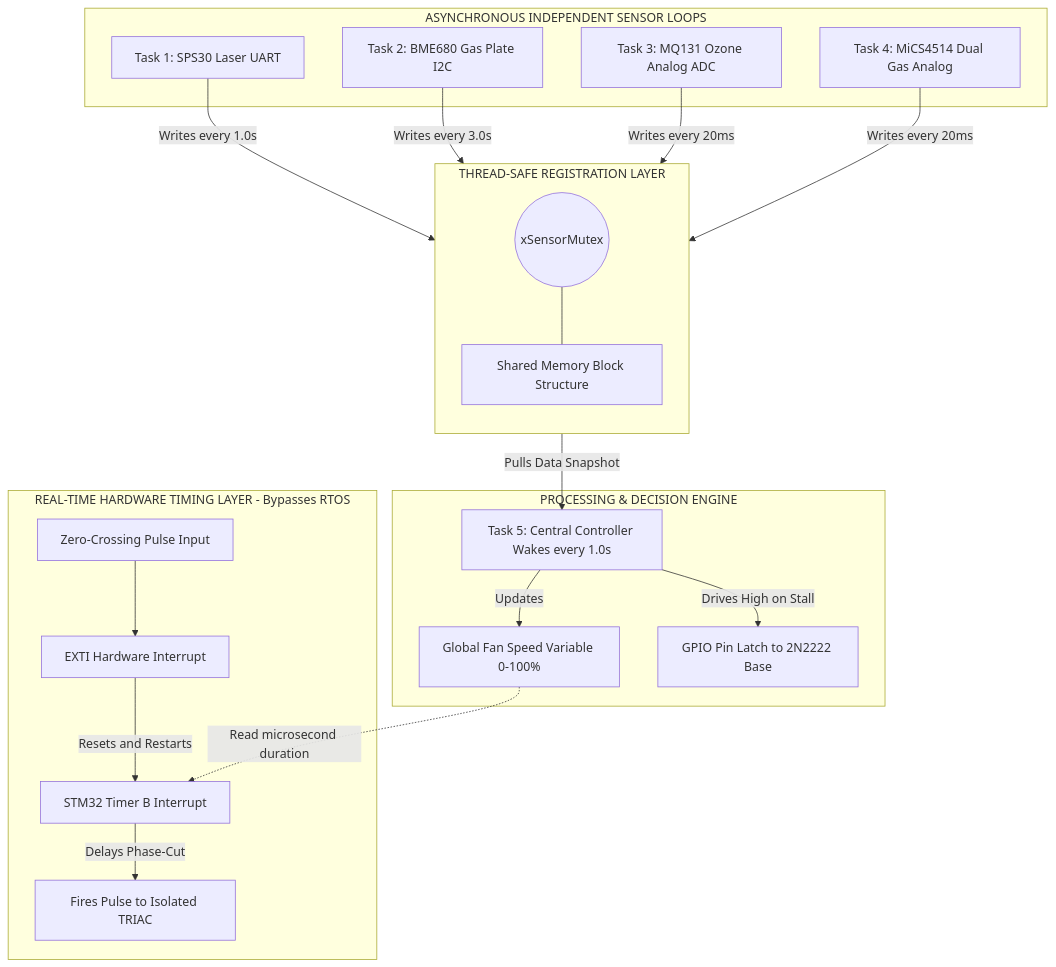
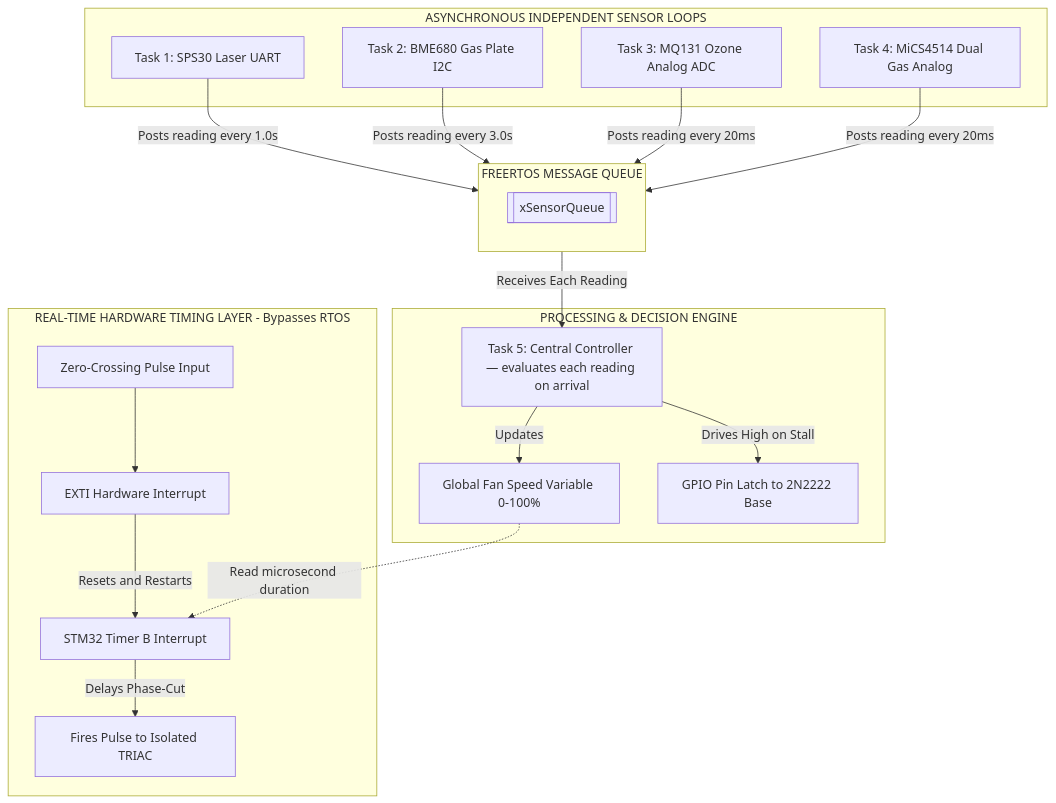
One commit to yuvalkuck/clearair changed the fourth of 4 diagrams in README.md. Above: the diagram before and after it, drawn with Mermaid. The commit also changed other lines of this file, not shown here.

````diff
--- a/README.md
+++ b/README.md
@@ -185,50 +186,48 @@
 ```mermaid
 graph TD
     %% Asynchronous Inputs
     subgraph Loops [ASYNCHRONOUS INDEPENDENT SENSOR LOOPS]
         T1[Task 1: SPS30 Laser UART]
         T2[Task 2: BME680 Gas Plate I2C]
         T3[Task 3: MQ131 Ozone Analog ADC]
         T4[Task 4: MiCS4514 Dual Gas Analog]
     end
 
-    %% Shared Struct Protected by Mutex
-    subgraph Buffer [THREAD-SAFE REGISTRATION LAYER]
+    %% Central Message Queue
+    subgraph Buffer [FREERTOS MESSAGE QUEUE]
         direction TB
-        Mutex((xSensorMutex))
-        Struct[Shared Memory Block Structure]
+        Queue[[xSensorQueue]]
     end
 
     %% Sync / Control Layer
     subgraph Decision [PROCESSING & DECISION ENGINE]
-        T5[Task 5: Central Controller Wakes every 1.0s]
+        T5[Task 5: Central Controller — evaluates each reading on arrival]
         FanSpeed[Global Fan Speed Variable 0-100%]
         BuzzerPin[GPIO Pin Latch to 2N2222 Base]
     end
 
     %% Hardware Real-Time Layer
     subgraph ISR_Layer [REAL-TIME HARDWARE TIMING LAYER - Bypasses RTOS]
         ZC_Pulse[Zero-Crossing Pulse Input]
         EXTI_ISR[EXTI Hardware Interrupt]
         Timer_ISR[STM32 Timer B Interrupt]
         TRIAC_Gate[Fires Pulse to Isolated TRIAC]
     end
 
     %% Async Data flow
-    T1 -->|Writes every 1.0s| Mutex
-    T2 -->|Writes every 3.0s| Mutex
-    T3 -->|Writes every 20ms| Mutex
-    T4 -->|Writes every 20ms| Mutex
-    Mutex --- Struct
+    T1 -->|Posts reading every 1.0s| Queue
+    T2 -->|Posts reading every 3.0s| Queue
+    T3 -->|Posts reading every 20ms| Queue
+    T4 -->|Posts reading every 20ms| Queue
 
     %% Central Decision flow
-    Struct -->|Pulls Data Snapshot| T5
+    Queue -->|Receives Each Reading| T5
     T5 -->|Updates| FanSpeed
     T5 -->|Drives High on Stall| BuzzerPin
 
     %% Precise Timing Hardware Loop
     ZC_Pulse --> EXTI_ISR
     EXTI_ISR -->|Resets and Restarts| Timer_ISR
     FanSpeed -.->|Read microsecond duration| Timer_ISR
     Timer_ISR -->|Delays Phase-Cut| TRIAC_Gate
 ```
````
